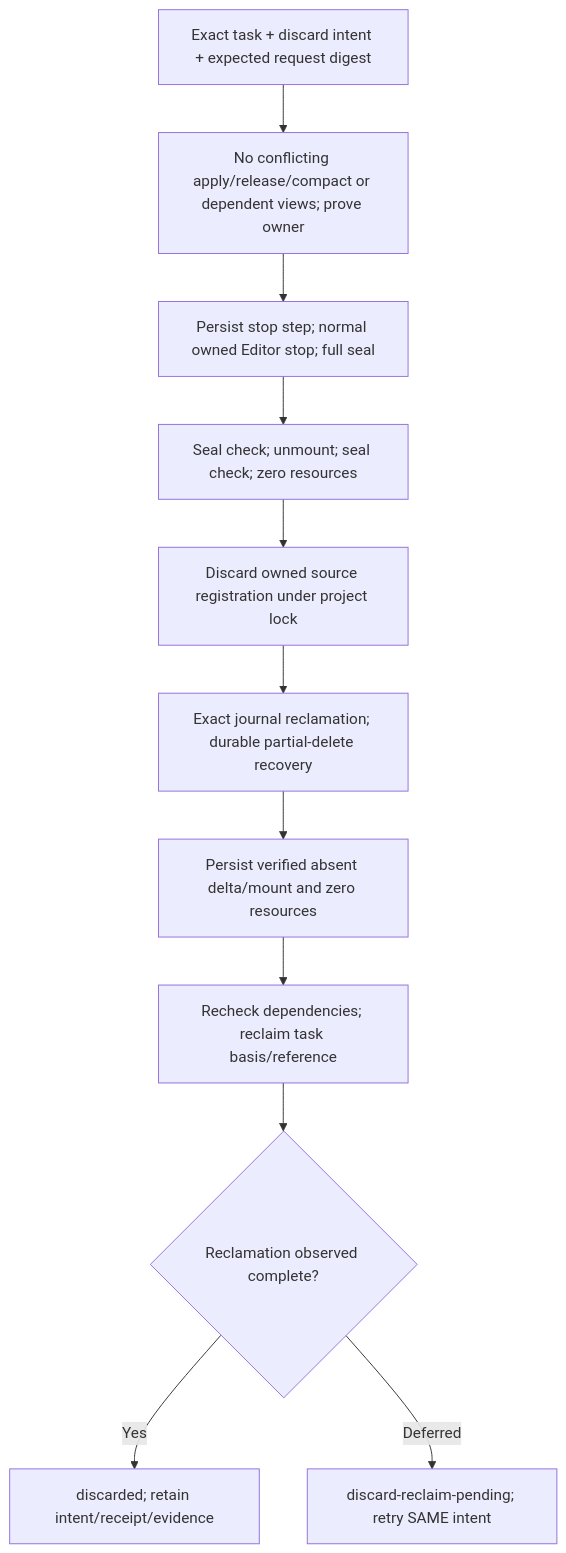
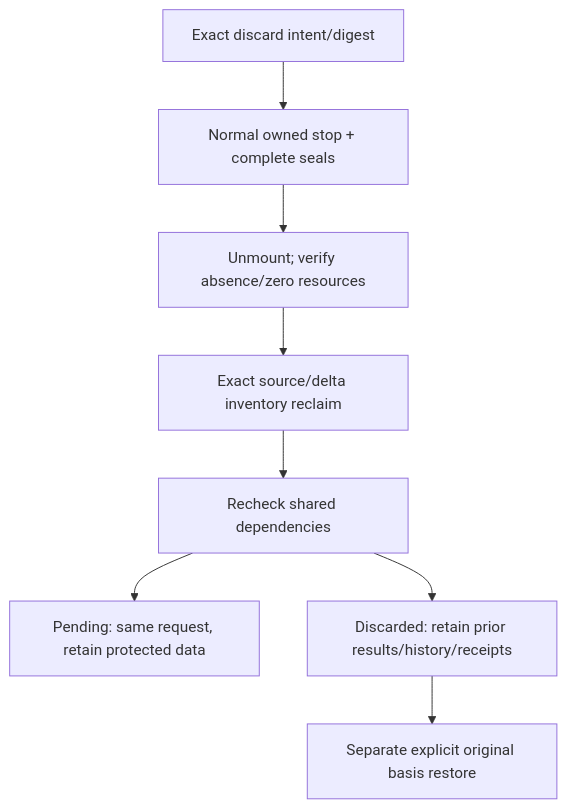
Before and after one commit to olivecrow/splinter: the sixth of 6 diagrams in docs/lifecycle-optimization-map.md, drawn with Mermaid. The commit also changed other lines of this file and 391 other files, not shown here.

````diff
--- a/docs/lifecycle-optimization-map.md
+++ b/docs/lifecycle-optimization-map.md
@@ -320,13 +199,9 @@
 ```mermaid
 flowchart TD
-  Intent["Exact task + discard intent + expected request digest"] --> Pre["No conflicting apply/release/compact or dependent views; prove owner"]
-  Pre --> Stop["Persist stop step; normal owned Editor stop; full seal"]
-  Stop --> Unmount["Seal check; unmount; seal check; zero resources"]
-  Unmount --> Source["Discard owned source registration under project lock"]
-  Source --> Delta["Exact journal reclamation; durable partial-delete recovery"]
-  Delta --> Authorize["Persist verified absent delta/mount and zero resources"]
-  Authorize --> Basis["Recheck dependencies; reclaim task basis/reference"]
-  Basis --> End{"Reclamation observed complete?"}
-  End -->|Yes| Done["discarded; retain intent/receipt/evidence"]
-  End -->|Deferred| Pending["discard-reclaim-pending; retry SAME intent"]
+  Intent["Exact discard intent/digest"] --> Stop["Normal owned stop + complete seals"]
+  Stop --> Unmount["Unmount; verify absence/zero resources"] --> Reclaim["Exact source/delta inventory reclaim"]
+  Reclaim --> Basis["Recheck shared dependencies"]
+  Basis --> Pending["Pending: same request, retain protected data"]
+  Basis --> End["Discarded: retain prior results/history/receipts"]
+  End --> F10["Separate explicit original basis restore"]
 ```
````
